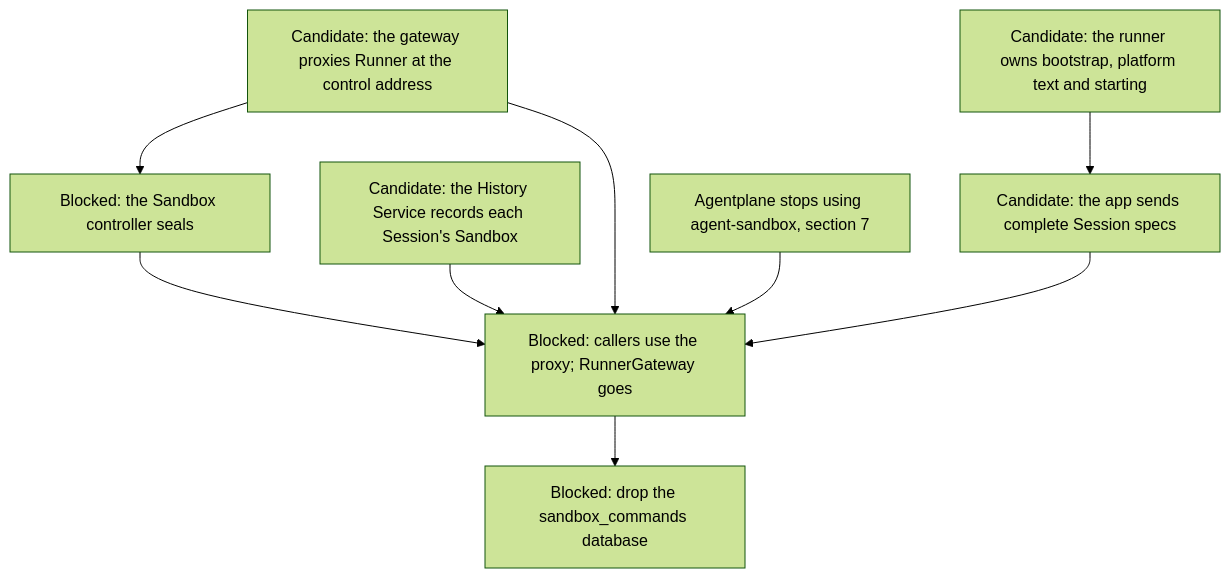
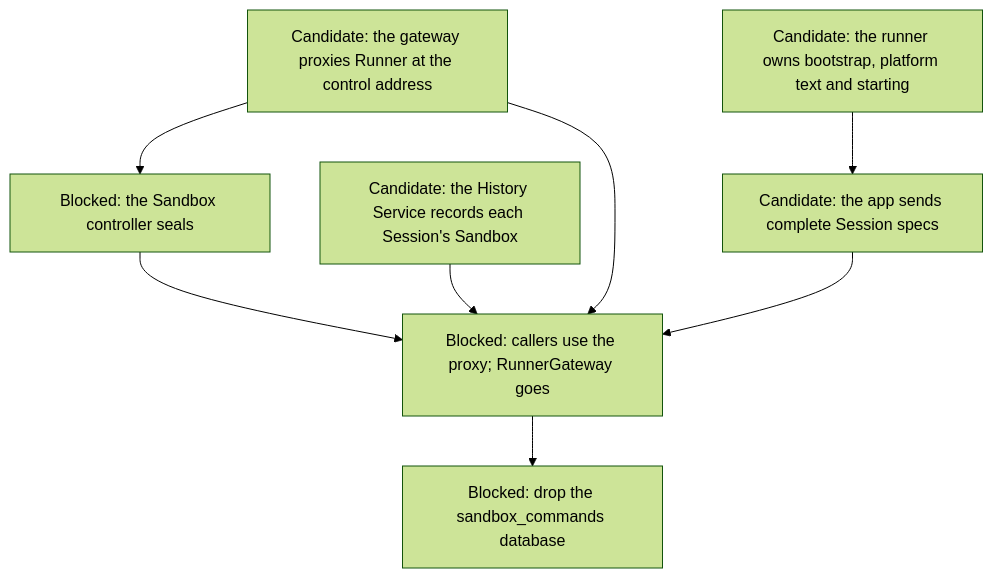
Diagram 15 of 15 in agentplane/plans/task_dag.md (agentydragon-agent/ducktape), drawn with Mermaid (forest theme) before and after one commit. The commit also changed other lines of this file and 162 other files, not shown here.

````diff
--- a/agentplane/plans/task_dag.md
+++ b/agentplane/plans/task_dag.md
@@ -895,19 +874,17 @@
 ```mermaid
 flowchart TD
     GATEWAY_RUNNER_PROXY[Candidate: the gateway proxies Runner at the control address]
     RUNNER_SESSION_LAUNCH[Candidate: the runner owns bootstrap, platform text and starting]
     APP_SESSION_DEFAULTS[Candidate: the app sends complete Session specs]
     HISTORY_SESSION_SANDBOX[Candidate: the History Service records each Session's Sandbox]
     CONTROLLER_SEALS[Blocked: the Sandbox controller seals]
     GATEWAY_WRAPPER_RETIRE[Blocked: callers use the proxy; RunnerGateway goes]
     GATEWAY_DATABASE_DROP[Blocked: drop the sandbox_commands database]
-    AGENT_SANDBOX_RETIRE[Agentplane stops using agent-sandbox, section 7]
     GATEWAY_RUNNER_PROXY --> CONTROLLER_SEALS
     GATEWAY_RUNNER_PROXY --> GATEWAY_WRAPPER_RETIRE
     RUNNER_SESSION_LAUNCH --> APP_SESSION_DEFAULTS
     APP_SESSION_DEFAULTS --> GATEWAY_WRAPPER_RETIRE
     HISTORY_SESSION_SANDBOX --> GATEWAY_WRAPPER_RETIRE
     CONTROLLER_SEALS --> GATEWAY_WRAPPER_RETIRE
-    AGENT_SANDBOX_RETIRE --> GATEWAY_WRAPPER_RETIRE
     GATEWAY_WRAPPER_RETIRE --> GATEWAY_DATABASE_DROP
 ```
````
